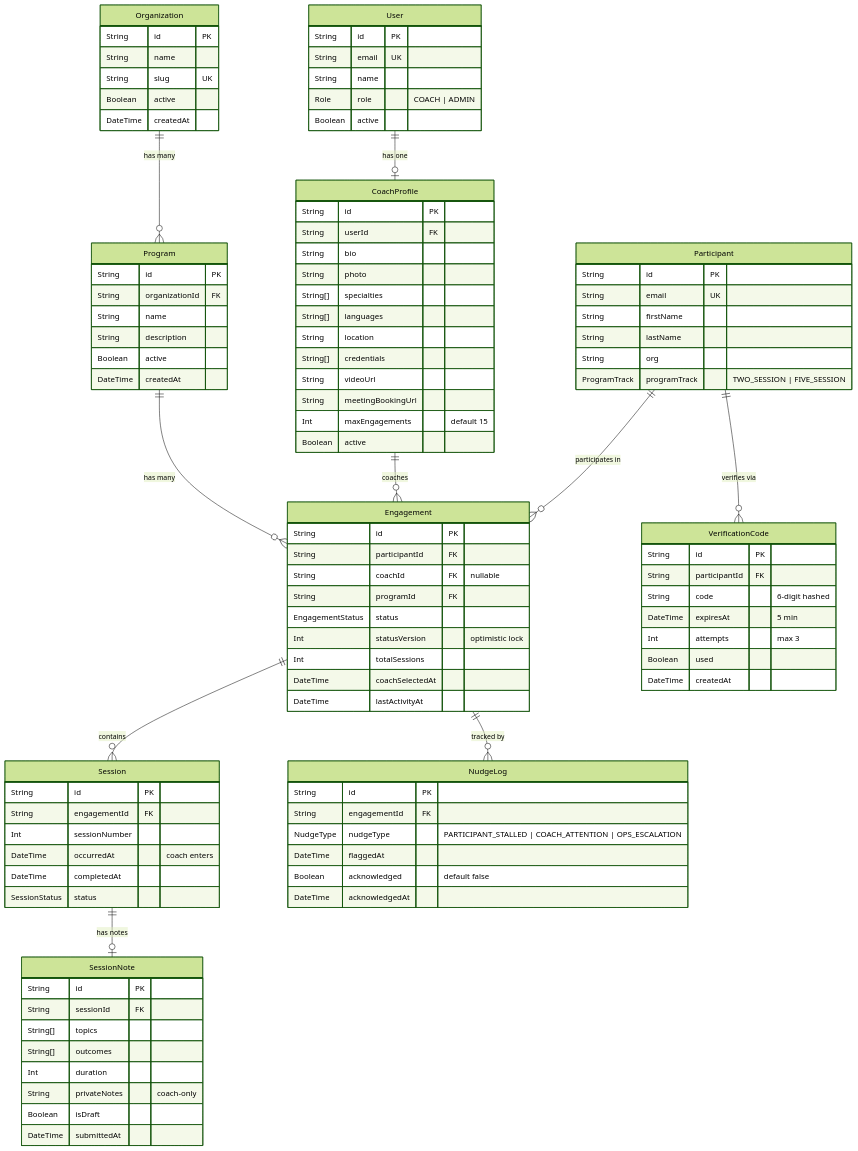
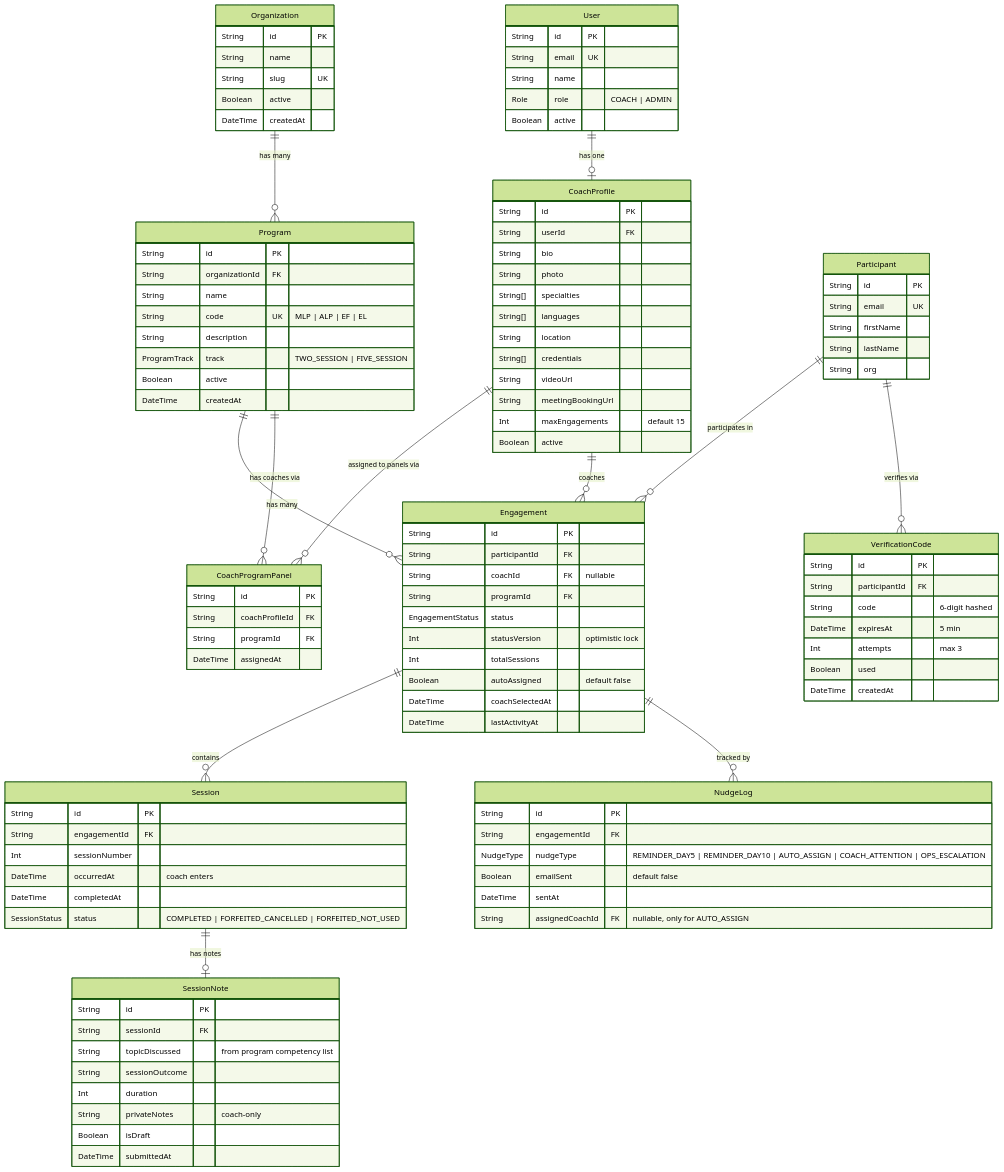
Before and after one commit to ridegoodwaves/franklin-covey: the diagram in docs/plans/2026-02-12-feat-mvp-backend-vertical-slices-plan.md, drawn with Mermaid (forest theme). The commit also changed other lines of this file and 12 other files, not shown here.

First line of the commit message:
docs: post-workshop decisions, finalized ERD, USPS competencies, and backend sequence

```diff
--- a/docs/plans/2026-02-12-feat-mvp-backend-vertical-slices-plan.md
+++ b/docs/plans/2026-02-12-feat-mvp-backend-vertical-slices-plan.md
@@ -99,7 +100,9 @@
         String id PK
         String organizationId FK
         String name
+        String code UK "MLP | ALP | EF | EL"
         String description
+        ProgramTrack track "TWO_SESSION | FIVE_SESSION"
         Boolean active
         DateTime createdAt
     }
@@ -127,13 +130,19 @@
         Boolean active
     }
 
+    CoachProgramPanel {
+        String id PK
+        String coachProfileId FK
+        String programId FK
+        DateTime assignedAt
+    }
+
     Participant {
         String id PK
         String email UK
         String firstName
         String lastName
         String org
-        ProgramTrack programTrack "TWO_SESSION | FIVE_SESSION"
     }
 
     VerificationCode {
@@ -154,6 +163,7 @@
         EngagementStatus status
         Int statusVersion "optimistic lock"
         Int totalSessions
+        Boolean autoAssigned "default false"
         DateTime coachSelectedAt
         DateTime lastActivityAt
     }
@@ -164,14 +174,14 @@
         Int sessionNumber
         DateTime occurredAt "coach enters"
         DateTime completedAt
-        SessionStatus status
+        SessionStatus status "COMPLETED | FORFEITED_CANCELLED | FORFEITED_NOT_USED"
     }
 
     SessionNote {
         String id PK
         String sessionId FK
-        String[] topics
-        String[] outcomes
+        String topicDiscussed "from program competency list"
+        String sessionOutcome
         Int duration
         String privateNotes "coach-only"
         Boolean isDraft
@@ -181,15 +191,17 @@
     NudgeLog {
         String id PK
         String engagementId FK
-        NudgeType nudgeType "PARTICIPANT_STALLED | COACH_ATTENTION | OPS_ESCALATION"
-        DateTime flaggedAt
-        Boolean acknowledged "default false"
-        DateTime acknowledgedAt
+        NudgeType nudgeType "REMINDER_DAY5 | REMINDER_DAY10 | AUTO_ASSIGN | COACH_ATTENTION | OPS_ESCALATION"
+        Boolean emailSent "default false"
+        DateTime sentAt
+        String assignedCoachId FK "nullable, only for AUTO_ASSIGN"
     }
 
     Organization ||--o{ Program : "has many"
     Program ||--o{ Engagement : "has many"
+    Program ||--o{ CoachProgramPanel : "has coaches via"
     User ||--o| CoachProfile : "has one"
+    CoachProfile ||--o{ CoachProgramPanel : "assigned to panels via"
     CoachProfile ||--o{ Engagement : "coaches"
     Participant ||--o{ Engagement : "participates in"
     Participant ||--o{ VerificationCode : "verifies via"
```
